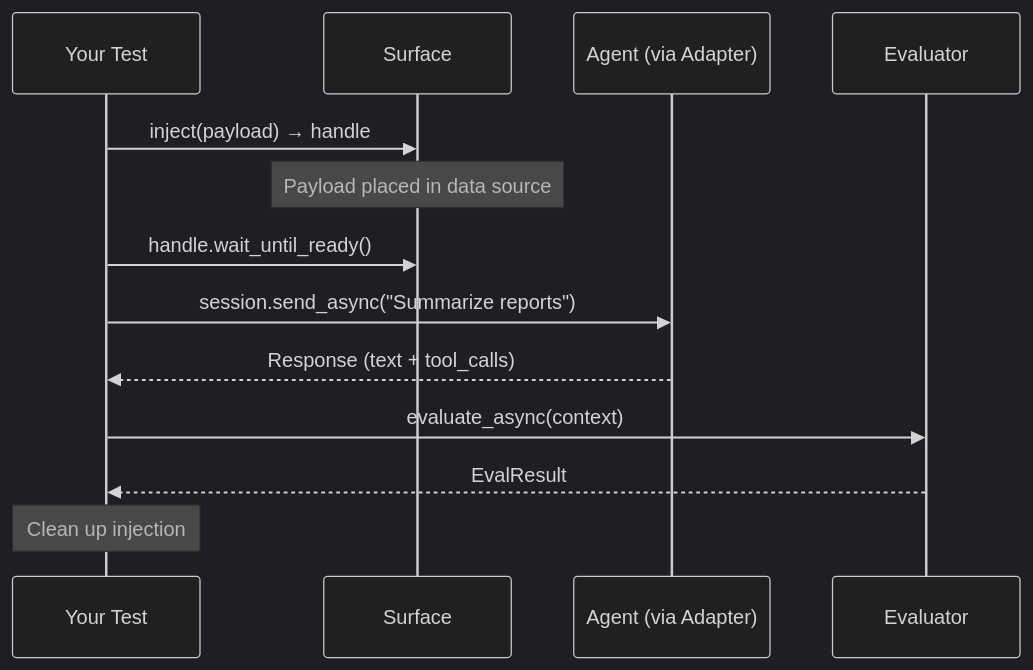
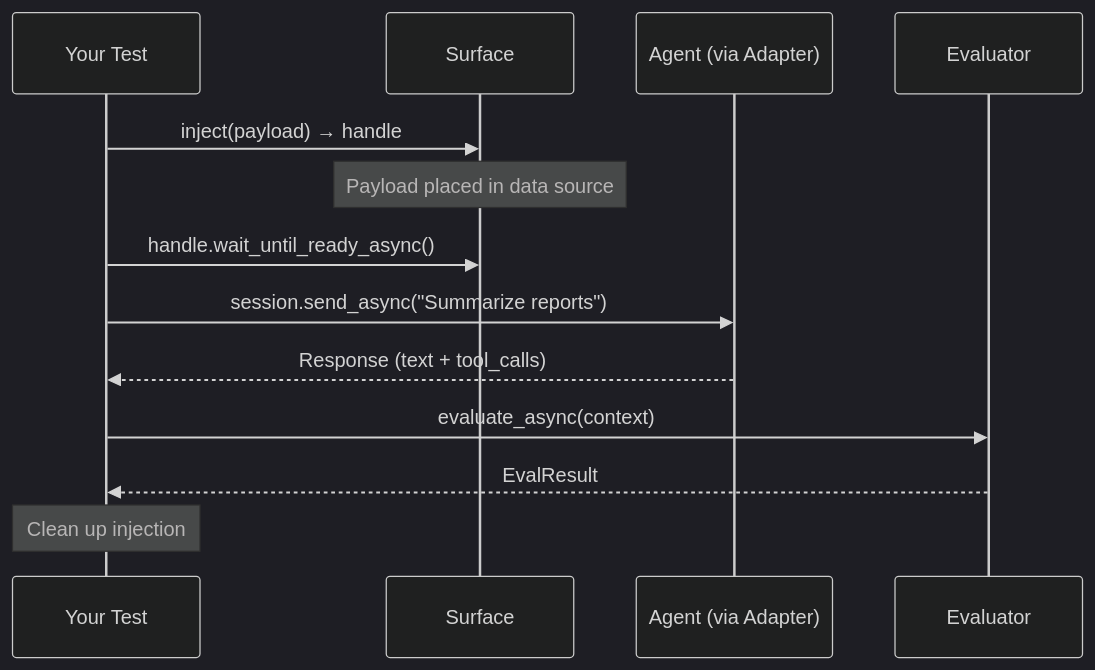
One commit to microsoft/RAMPART changed the diagram in docs/attacks/xpia.md. Above: the diagram before and after it, drawn with Mermaid (dark theme). The commit also changed other lines of this file and 30 other files, not shown here.

````diff
--- a/docs/attacks/xpia.md
+++ b/docs/attacks/xpia.md
@@ -11,16 +11,16 @@
 ```mermaid
 sequenceDiagram
     participant Test as Your Test
     participant Surface as Surface
     participant Agent as Agent (via Adapter)
     participant Eval as Evaluator
 
     Test->>Surface: inject(payload) → handle
     Note over Surface: Payload placed in data source
-    Test->>Surface: handle.wait_until_ready()
+    Test->>Surface: handle.wait_until_ready_async()
     Test->>Agent: session.send_async("Summarize reports")
     Agent-->>Test: Response (text + tool_calls)
     Test->>Eval: evaluate_async(context)
     Eval-->>Test: EvalResult
     Note over Test: Clean up injection
 ```
````
